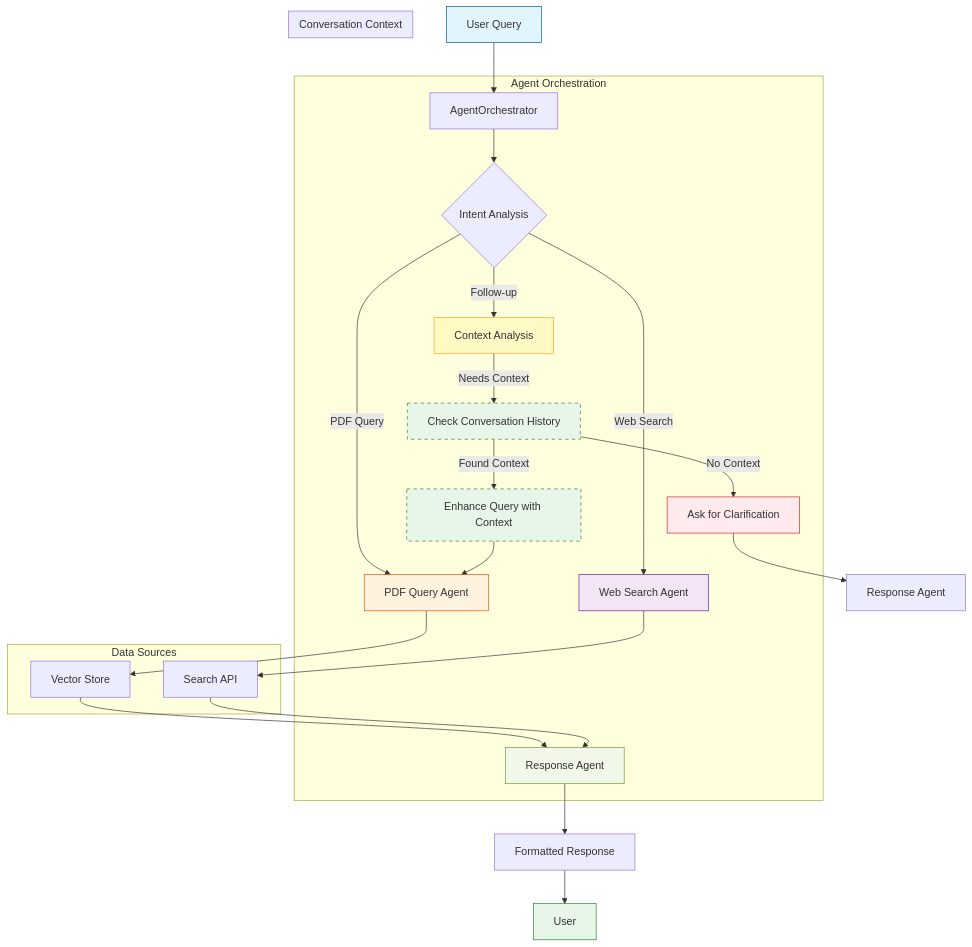
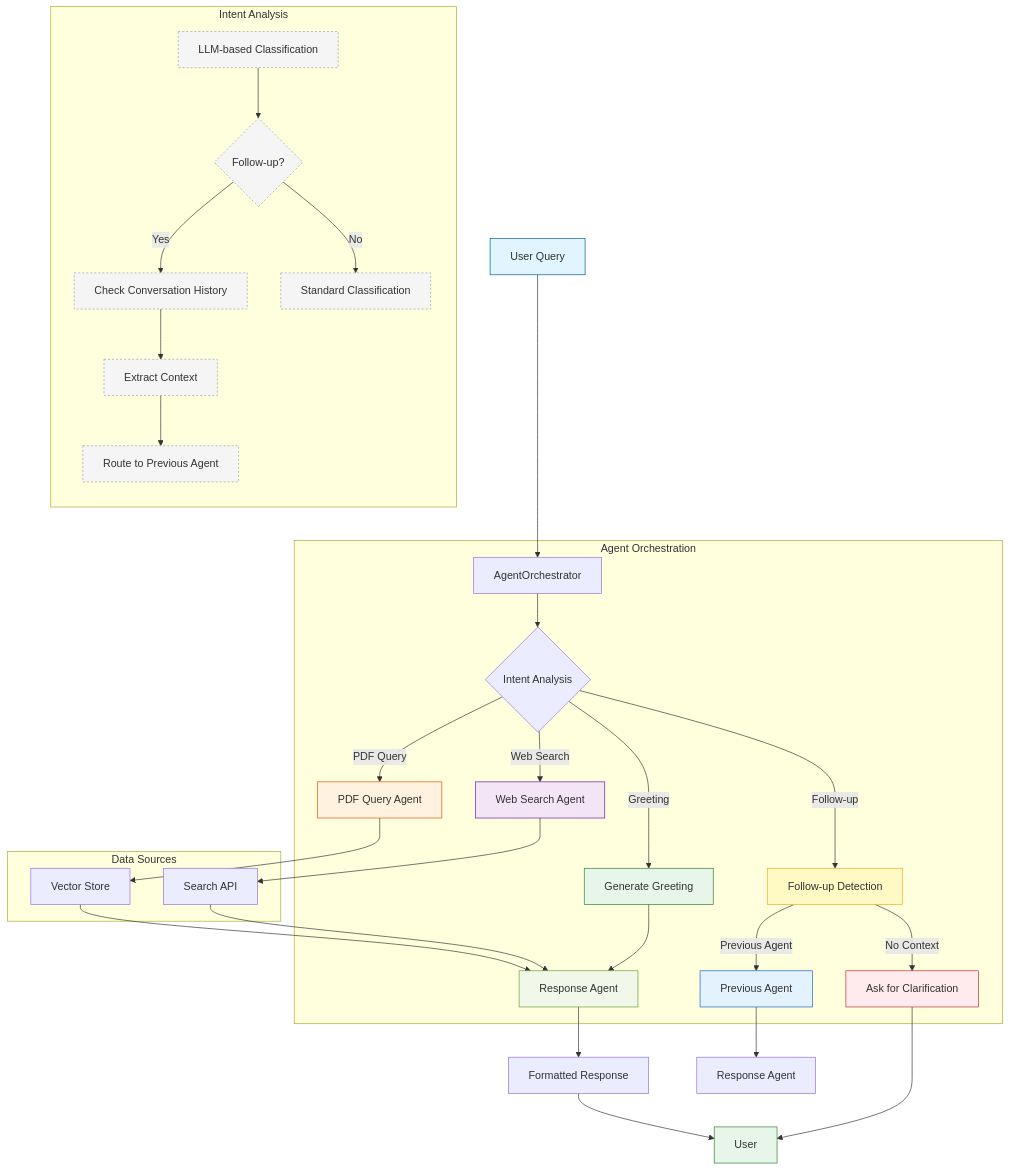
The diagram in docs/AGENT_ORCHESTRATION.md (nyihtutzaw/chat-with-pdf-genai-exercise), drawn with Mermaid before and after one commit. The commit also changed other lines of this file, not shown here.

Commit message:
update doc for agent_orchestration

````diff
--- a/docs/AGENT_ORCHESTRATION.md
+++ b/docs/AGENT_ORCHESTRATION.md
@@ -9,63 +9,71 @@
 ```mermaid
 flowchart TD
     A[User Query] --> B[AgentOrchestrator]
     B --> C{Intent Analysis}
     
     %% Main paths
     C -->|PDF Query| D[PDF Query Agent]
     C -->|Web Search| E[Web Search Agent]
-    C -->|Follow-up| F[Context Analysis]
+    C -->|Greeting| F[Generate Greeting]
+    C -->|Follow-up| G[Follow-up Detection]
+    
+    %% Follow-up handling
+    G -->|Previous Agent| H[Previous Agent]
+    G -->|No Context| I[Ask for Clarification]
+    H --> J[Response Agent]
     
     %% Data sources
-    D --> G[Vector Store]
-    E --> H[Search API]
-    
-    %% Follow-up handling
-    F -->|Needs Context| I[Check Conversation History]
-    I -->|Found Context| J[Enhance Query with Context]
-    J --> D
-    I -->|No Context| K[Ask for Clarification]
-    K --> L[Response Agent]
+    D --> K[Vector Store]
+    E --> L[Search API]
     
     %% Response handling
-    G --> M[Response Agent]
-    H --> M
+    K --> M[Response Agent]
+    L --> M
+    F --> M
     
     M --> N[Formatted Response]
     N --> O[User]
+    I --> O
     
     %% Subgraphs for better organization
     subgraph "Agent Orchestration"
         B
         C
         D
         E
         F
+        G
+        H
         I
-        J
-        K
         M
     end
     
     subgraph "Data Sources"
-        G
-        H
+        K
+        L
     end
     
-    subgraph "Conversation Context"
-        I
-        J
-        K
+    subgraph "Intent Analysis"
+        direction TB
+        C1[LLM-based Classification] --> C2{Follow-up?}
+        C2 -->|Yes| C3[Check Conversation History]
+        C3 --> C4[Extract Context]
+        C4 --> C5[Route to Previous Agent]
+        C2 -->|No| C6[Standard Classification]
     end
     
     %% Styling
     style A fill:#e1f5fe,stroke:#01579b
     style O fill:#e8f5e9,stroke:#2e7d32
     style D fill:#fff3e0,stroke:#e65100
     style E fill:#f3e5f5,stroke:#6a1b9a
-    style F fill:#fff9c4,stroke:#f9a825
+    style F fill:#e8f5e9,stroke:#2e7d32
+    style G fill:#fff9c4,stroke:#f9a825
+    style H fill:#e3f2fd,stroke:#1565c0
+    style I fill:#ffebee,stroke:#c62828
     style M fill:#f1f8e9,stroke:#689f38
-    style I fill:#e8f5e9,stroke:#2e7d32,stroke-dasharray: 5 5
-    style J fill:#e8f5e9,stroke:#2e7d32,stroke-dasharray: 5 5
-    style K fill:#ffebee,stroke:#c62828
+    
+    %% Style for Intent Analysis subgraph
+    classDef intentBox fill:#f5f5f5,stroke:#9e9e9e,stroke-width:1px,stroke-dasharray: 3 3
+    class C1,C2,C3,C4,C5,C6 intentBox
 ```
````
